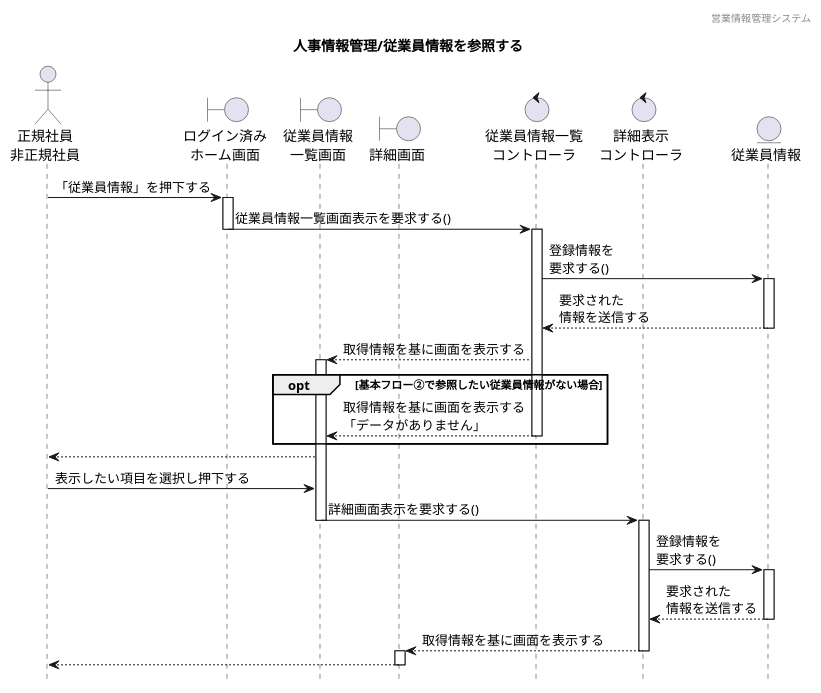
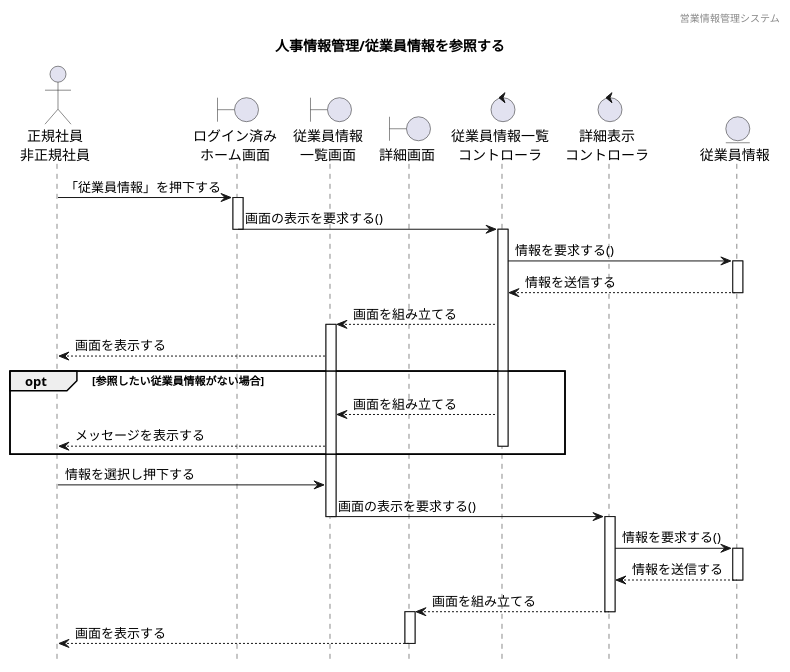
The diagram in 各種設計書/4シーケンス図/人事情報管理/1.従業員情報参照/従業員情報参照.plantuml (HaruShim/Sotuken), drawn with PlantUML before and after one commit. The commit also changed 1 other file, not shown here.

```diff
--- a/各種設計書/4シーケンス図/人事情報管理/1.従業員情報参照/従業員情報参照.plantuml
+++ b/各種設計書/4シーケンス図/人事情報管理/1.従業員情報参照/従業員情報参照.plantuml
@@ -1,57 +1,58 @@
 @startuml ../../images/従業員情報参照/従業員情報参照
 
 hide footbox
 header 営業情報管理システム
 title 人事情報管理/従業員情報を参照する
 
 ' actor "" as 
 actor "正規社員\n非正規社員" as a1
 
 ' boundary "" as 
 boundary "ログイン済み\nホーム画面" as b1
 boundary "従業員情報\n一覧画面" as b2
 boundary "詳細画面" as b3
 
 ' control "" as 
 control "従業員情報一覧\nコントローラ" as c1
 control "詳細表示\nコントローラ" as c2
 
 ' entity "" as
 entity "従業員情報" as e1
 
 
 
 a1 -> b1 : 「従業員情報」を押下する
 activate b1
-b1 -> c1 : 従業員情報一覧画面表示を要求する()
+b1 -> c1 : 画面の表示を要求する()
 deactivate b1
 activate c1
-c1 -> e1 : 登録情報を\n要求する()
+c1 -> e1 : 情報を要求する()
 activate e1
-e1 --> c1 : 要求された\n情報を送信する
+e1 --> c1 : 情報を送信する
 deactivate e1
-b2 <-- c1 : 取得情報を基に画面を表示する
+b2 <-- c1 : 画面を組み立てる
 activate b2
+b2 --> a1 : 画面を表示する
 
 ' 代替フロー
-opt 基本フロー②で参照したい従業員情報がない場合
-b2 <-- c1 : 取得情報を基に画面を表示する\n「データがありません」
+opt 参照したい従業員情報がない場合
+b2 <-- c1 : 画面を組み立てる
+a1 <-- b2 : メッセージを表示する
 deactivate c1
 end
 
-a1 <-- b2
-a1 -> b2 : 表示したい項目を選択し押下する
-b2 -> c2 : 詳細画面表示を要求する()
+a1 -> b2 : 情報を選択し押下する
+b2 -> c2 : 画面の表示を要求する()
 deactivate b2
 activate c2
-c2 -> e1 : 登録情報を\n要求する() 
+c2 -> e1 : 情報を要求する() 
 activate e1
-c2 <-- e1 : 要求された\n情報を送信する
+c2 <-- e1 : 情報を送信する
 deactivate e1
-b3 <-- c2 : 取得情報を基に画面を表示する
+b3 <-- c2 : 画面を組み立てる
 deactivate c2
 activate b3
-a1 <-- b3
+a1 <-- b3 : 画面を表示する
 deactivate b3
 
 @enduml
```
